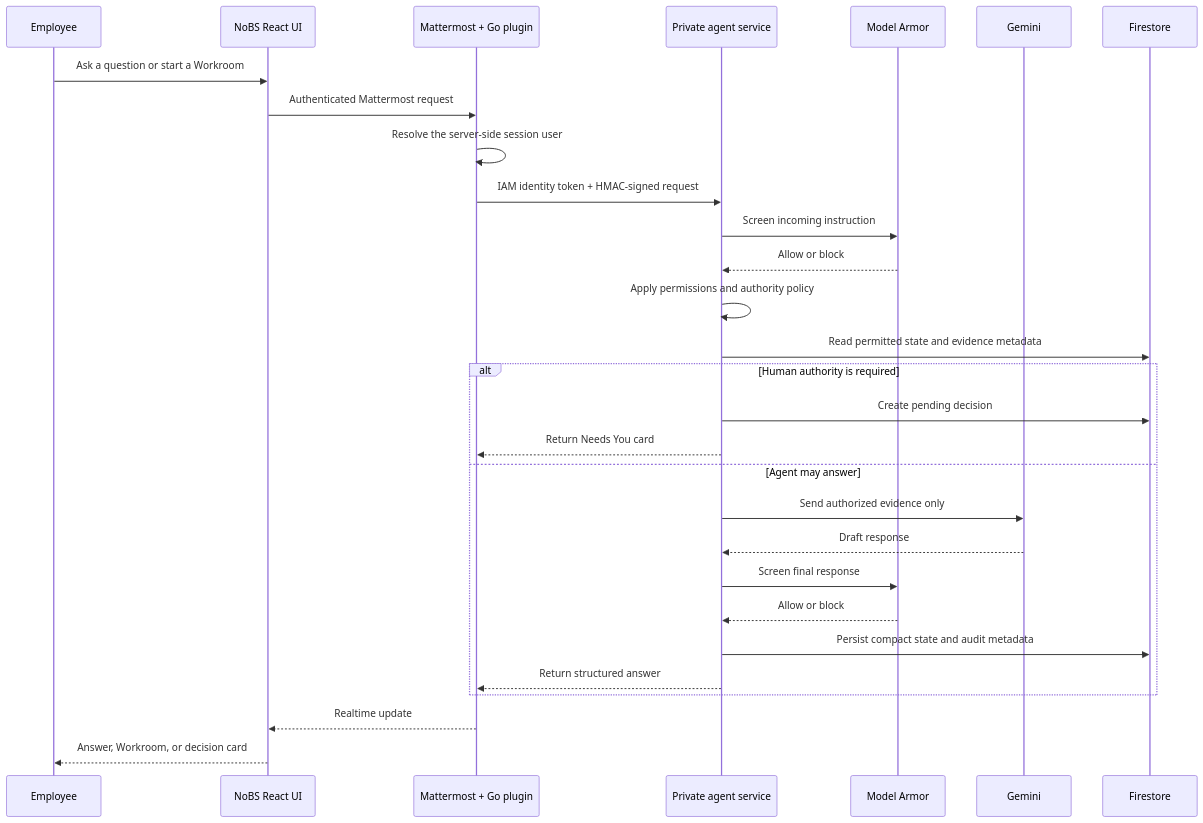
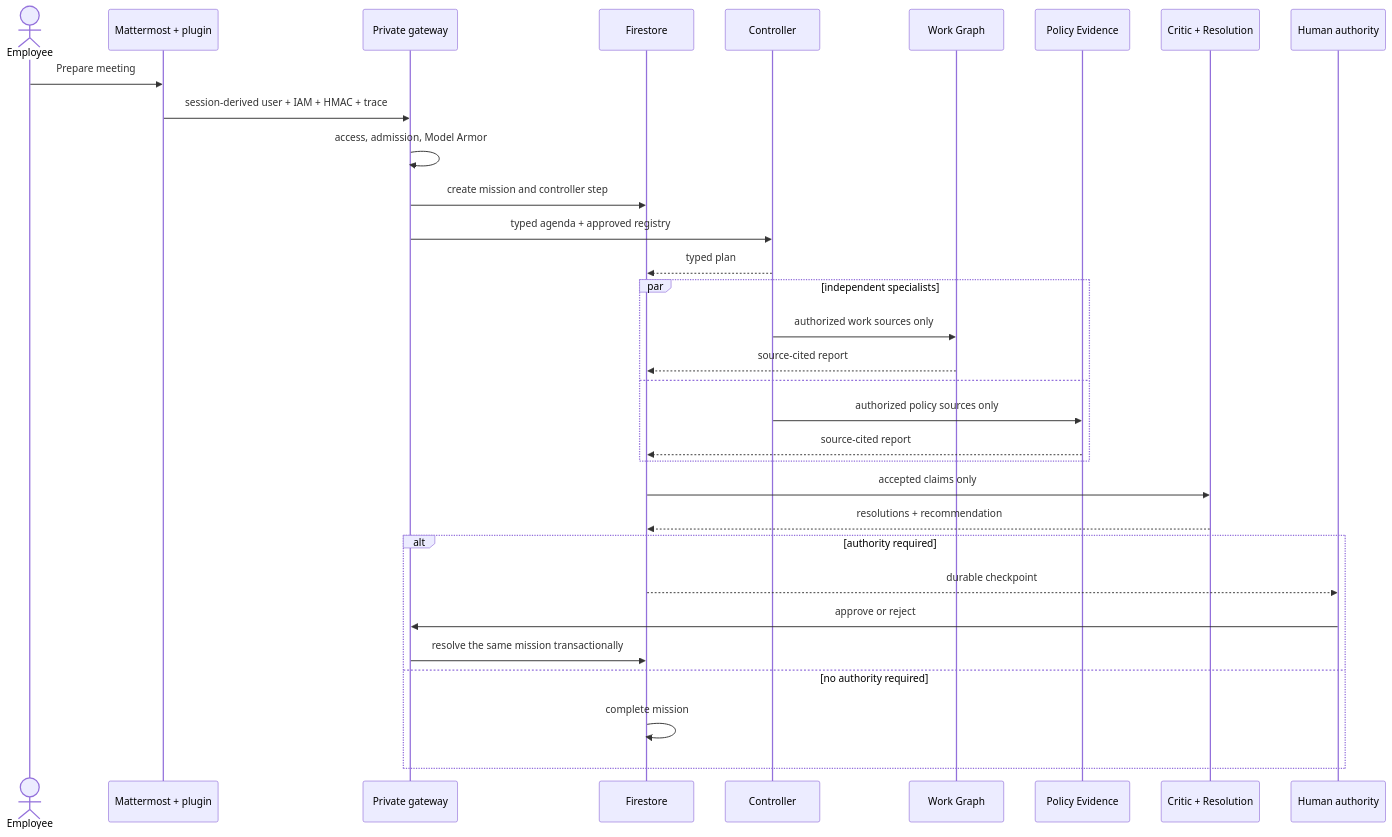
The second of 4 diagrams in docs/ARCHITECTURE.md (Shiv-aurora/nobs), drawn with Mermaid before and after one commit. The commit also changed other lines of this file and 22 other files, not shown here.

Commit message:
docs: publish governed agent architecture

````diff
--- a/docs/ARCHITECTURE.md
+++ b/docs/ARCHITECTURE.md
@@ -73,34 +49,35 @@
 ```mermaid
 sequenceDiagram
-  participant U as Employee
-  participant UI as NoBS React UI
-  participant P as Mattermost + Go plugin
-  participant R as Private agent service
-  participant A as Model Armor
-  participant G as Gemini
+  actor E as Employee
+  participant P as Mattermost + plugin
+  participant G as Private gateway
   participant F as Firestore
+  participant C as Controller
+  participant W as Work Graph
+  participant Y as Policy Evidence
+  participant R as Critic + Resolution
+  participant H as Human authority
 
-  U->>UI: Ask a question or start a Workroom
-  UI->>P: Authenticated Mattermost request
-  P->>P: Resolve the server-side session user
-  P->>R: IAM identity token + HMAC-signed request
-  R->>A: Screen incoming instruction
-  A-->>R: Allow or block
-  R->>R: Apply permissions and authority policy
-  R->>F: Read permitted state and evidence metadata
-
-  alt Human authority is required
-    R->>F: Create pending decision
-    R-->>P: Return Needs You card
-  else Agent may answer
-    R->>G: Send authorized evidence only
-    G-->>R: Draft response
-    R->>A: Screen final response
-    A-->>R: Allow or block
-    R->>F: Persist compact state and audit metadata
-    R-->>P: Return structured answer
+  E->>P: Prepare meeting
+  P->>G: session-derived user + IAM + HMAC + trace
+  G->>G: access, admission, Model Armor
+  G->>F: create mission and controller step
+  G->>C: typed agenda + approved registry
+  C-->>F: typed plan
+  par independent specialists
+    C->>W: authorized work sources only
+    W-->>F: source-cited report
+  and
+    C->>Y: authorized policy sources only
+    Y-->>F: source-cited report
   end
-
-  P-->>UI: Realtime update
-  UI-->>U: Answer, Workroom, or decision card
+  F->>R: accepted claims only
+  R-->>F: resolutions + recommendation
+  alt authority required
+    F-->>H: durable checkpoint
+    H->>G: approve or reject
+    G->>F: resolve the same mission transactionally
+  else no authority required
+    F->>F: complete mission
+  end
 ```
````
